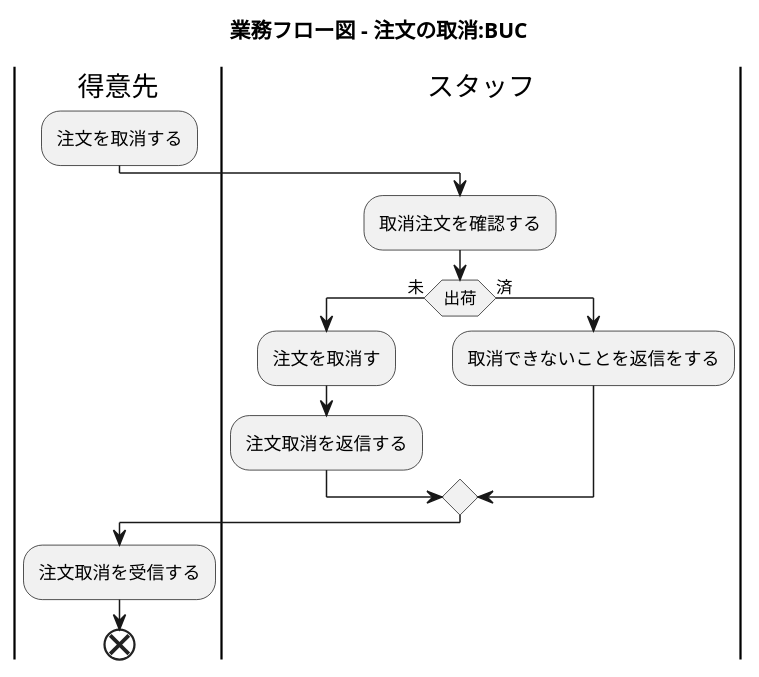
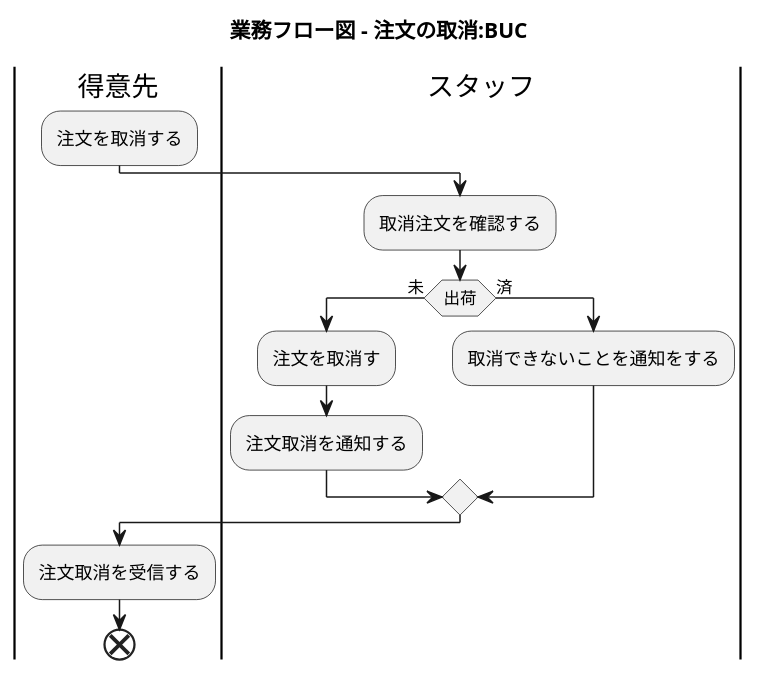
Diagram 12 of 28 in docs/index.adoc (k2works/application_programing_excercise_2022), drawn with PlantUML before and after one commit. The commit also changed other lines of this file, not shown here.

```diff
--- a/docs/index.adoc
+++ b/docs/index.adoc
@@ -430,25 +436,25 @@
 [plantuml]
 ----
 @startuml
 
 title 業務フロー図 - 注文の取消:BUC
 
 |得意先|
 :注文を取消する;
 
 |スタッフ|
 :取消注文を確認する;
 if (出荷) then (未)
  |スタッフ|
  :注文を取消す;
- :注文取消を返信する;
+ :注文取消を通知する;
 else (済)
  |スタッフ|
- :取消できないことを返信をする;
+ :取消できないことを通知をする;
 endif
 
 |得意先|
 :注文取消を受信する;
 end
 @enduml
 ----
```
